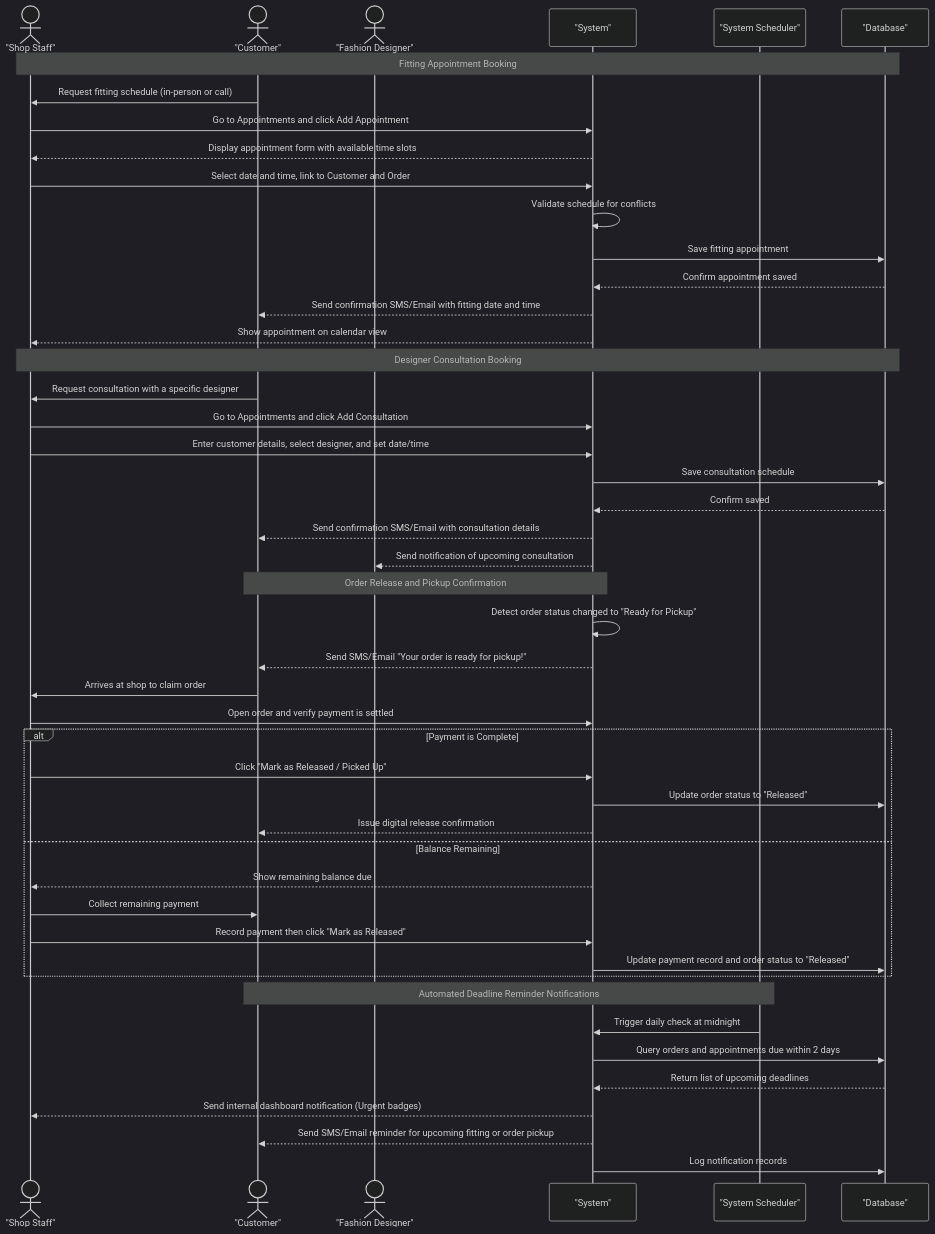
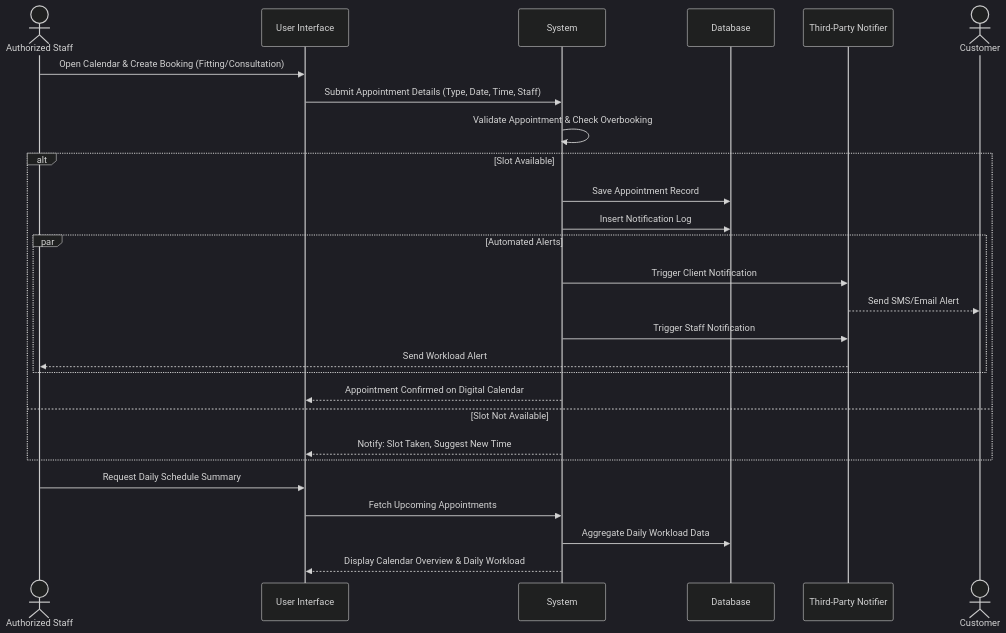
Before and after one commit to ItzFrostyCode/CapstoneSatura: the third of 6 diagrams in sutura-clean-nextjs-prototype/docs/SequenceDiagram.md, drawn with Mermaid (dark theme). The commit also changed other lines of this file and 264 other files, not shown here.

First line of the commit message:
refactor: finalize technical documentation and synchronize database schema with capstone objectives

````diff
--- a/sutura-clean-nextjs-prototype/docs/SequenceDiagram.md
+++ b/sutura-clean-nextjs-prototype/docs/SequenceDiagram.md
@@ -139,53 +89,32 @@
 ```mermaid
 sequenceDiagram
-    actor Staff as "Shop Staff"
-    actor Customer as "Customer"
-    actor Designer as "Fashion Designer"
-    participant System as "System"
-    participant Scheduler as "System Scheduler"
-    participant DB as "Database"
+    actor Staff as Authorized Staff
+    participant UI as User Interface
+    participant System as System
+    participant DB as Database
+    participant Notify as Third-Party Notifier
+    actor Client as Customer
 
-    Note over Staff, DB: Fitting Appointment Booking
-    Customer->>Staff: Request fitting schedule (in-person or call)
-    Staff->>System: Go to Appointments and click Add Appointment
-    System-->>Staff: Display appointment form with available time slots
-    Staff->>System: Select date and time, link to Customer and Order
-    System->>System: Validate schedule for conflicts
-    System->>DB: Save fitting appointment
-    DB-->>System: Confirm appointment saved
-    System-->>Customer: Send confirmation SMS/Email with fitting date and time
-    System-->>Staff: Show appointment on calendar view
+    Staff->>UI: Open Calendar & Create Booking (Fitting/Consultation)
+    UI->>System: Submit Appointment Details (Type, Date, Time, Staff)
+    System->>System: Validate Appointment & Check Overbooking
 
-    Note over Staff, DB: Designer Consultation Booking
-    Customer->>Staff: Request consultation with a specific designer
-    Staff->>System: Go to Appointments and click Add Consultation
-    Staff->>System: Enter customer details, select designer, and set date/time
-    System->>DB: Save consultation schedule
-    DB-->>System: Confirm saved
-    System-->>Customer: Send confirmation SMS/Email with consultation details
-    System-->>Designer: Send notification of upcoming consultation
-
-    Note over System, Customer: Order Release and Pickup Confirmation
-    System->>System: Detect order status changed to "Ready for Pickup"
-    System-->>Customer: Send SMS/Email "Your order is ready for pickup!"
-    Customer->>Staff: Arrives at shop to claim order
-    Staff->>System: Open order and verify payment is settled
-    alt Payment is Complete
-        Staff->>System: Click "Mark as Released / Picked Up"
-        System->>DB: Update order status to "Released"
-        System-->>Customer: Issue digital release confirmation
-    else Balance Remaining
-        System-->>Staff: Show remaining balance due
-        Staff->>Customer: Collect remaining payment
-        Staff->>System: Record payment then click "Mark as Released"
-        System->>DB: Update payment record and order status to "Released"
+    alt Slot Available
+        System->>DB: Save Appointment Record
+        System->>DB: Insert Notification Log
+        par Automated Alerts
+            System->>Notify: Trigger Client Notification
+            Notify-->>Client: Send SMS/Email Alert
+            System->>Notify: Trigger Staff Notification
+            Notify-->>Staff: Send Workload Alert
+        end
+        System-->>UI: Appointment Confirmed on Digital Calendar
+    else Slot Not Available
+        System-->>UI: Notify: Slot Taken, Suggest New Time
     end
 
-    Note over Scheduler, Customer: Automated Deadline Reminder Notifications
-    Scheduler->>System: Trigger daily check at midnight
-    System->>DB: Query orders and appointments due within 2 days
-    DB-->>System: Return list of upcoming deadlines
-    System-->>Staff: Send internal dashboard notification (Urgent badges)
-    System-->>Customer: Send SMS/Email reminder for upcoming fitting or order pickup
-    System->>DB: Log notification records
+    Staff->>UI: Request Daily Schedule Summary
+    UI->>System: Fetch Upcoming Appointments
+    System->>DB: Aggregate Daily Workload Data
+    System-->>UI: Display Calendar Overview & Daily Workload
 ```
````
